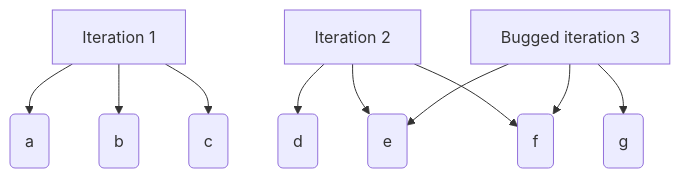
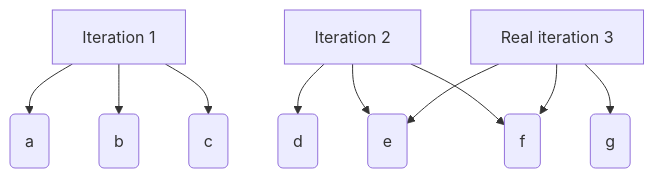
Before and after one commit to notseanray/speak: the second of 2 diagrams in docs/how-does-it-works.md, drawn with Mermaid. The commit also changed other lines of this file and 2 other files, not shown here.

````diff
--- a/docs/how-does-it-works.md
+++ b/docs/how-does-it-works.md
@@ -78,27 +80,27 @@
 ```mermaid
 graph TB
 		A(a)
 		B(b)
 		C(c)
 		D(d)
 		E(e)
 		F(f)
 		G(g)
 
 		I1[Iteration 1]
 		I2[Iteration 2]
 
-		I22[Bugged iteration 3]
+		I22[Real iteration 3]
 
 		I1-->A;
 		I1-->B;
 		I1-->C;
 
 		I2-->D;
 		I2-->E;
 		I2-->F;
 
 		I22-->E;
 		I22-->F;
 		I22-->G;
 ```
````
